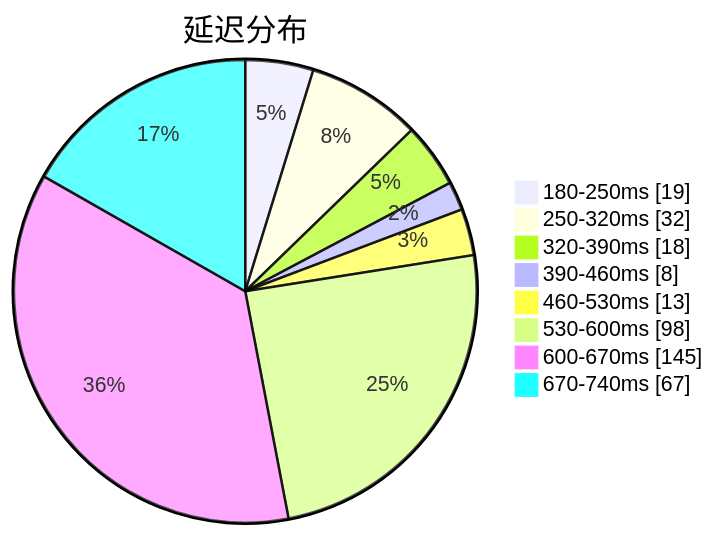
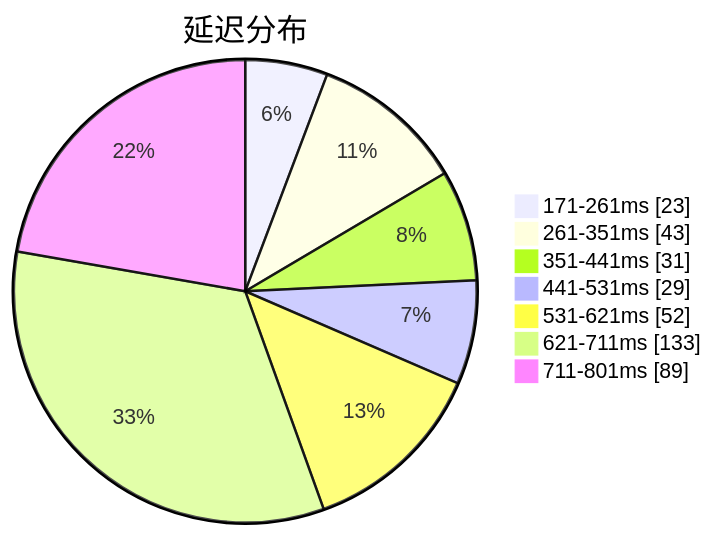
The first of 3 diagrams in subs/statistics/tested_within.md (qjlxg/airport), drawn with Mermaid before and after one commit. The commit also changed other lines of this file and 2 other files, not shown here.

Commit message:
Tested by metaST

````diff
--- a/subs/statistics/tested_within.md
+++ b/subs/statistics/tested_within.md
@@ -2,12 +2,11 @@
 ```mermaid
 pie showData
 title 延迟分布
-"180-250ms" : 19
-"250-320ms" : 32
-"320-390ms" : 18
-"390-460ms" : 8
-"460-530ms" : 13
-"530-600ms" : 98
-"600-670ms" : 145
-"670-740ms" : 67
+"171-261ms" : 23
+"261-351ms" : 43
+"351-441ms" : 31
+"441-531ms" : 29
+"531-621ms" : 52
+"621-711ms" : 133
+"711-801ms" : 89
 ```
````
